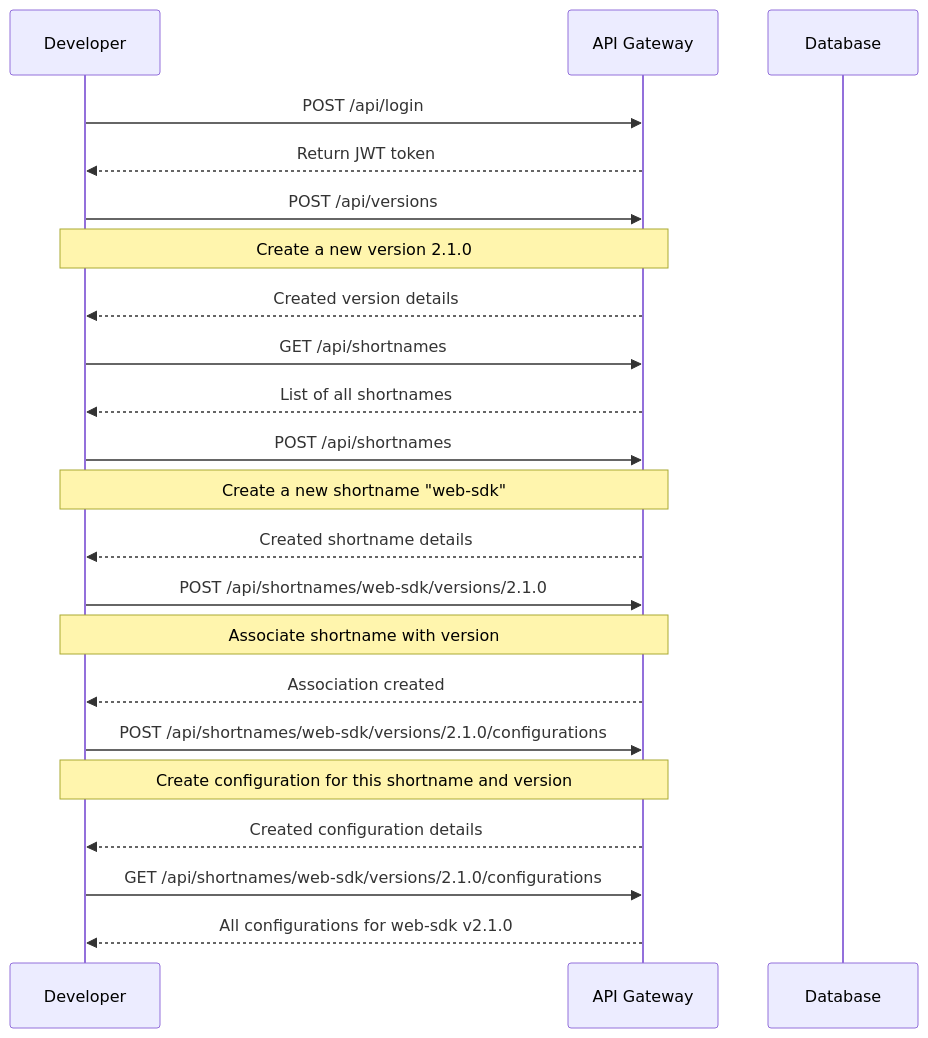
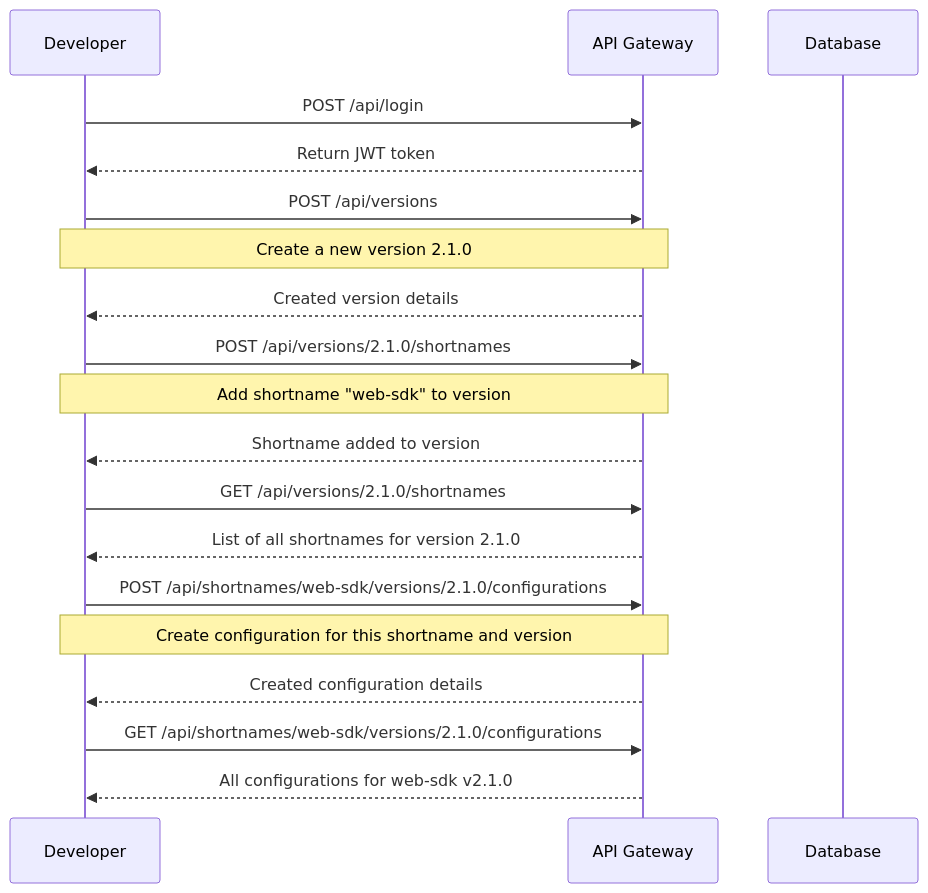
The ninth of 9 diagrams in README.md (gregoire-cousin-idnow/webcore-idnow-configuration), drawn with Mermaid before and after one commit. The commit also changed other lines of this file and 6 other files, not shown here.

Commit message:
fix : architecture

````diff
--- a/README.md
+++ b/README.md
@@ -451,31 +469,27 @@
 ```mermaid
 sequenceDiagram
     participant Dev as Developer
     participant API as API Gateway
     participant DB as Database
     
     Dev->>API: POST /api/login
     API-->>Dev: Return JWT token
     
     Dev->>API: POST /api/versions
     Note over Dev,API: Create a new version 2.1.0
     API-->>Dev: Created version details
     
-    Dev->>API: GET /api/shortnames
-    API-->>Dev: List of all shortnames
+    Dev->>API: POST /api/versions/2.1.0/shortnames
+    Note over Dev,API: Add shortname "web-sdk" to version
+    API-->>Dev: Shortname added to version
     
-    Dev->>API: POST /api/shortnames
-    Note over Dev,API: Create a new shortname "web-sdk"
-    API-->>Dev: Created shortname details
-    
-    Dev->>API: POST /api/shortnames/web-sdk/versions/2.1.0
-    Note over Dev,API: Associate shortname with version
-    API-->>Dev: Association created
+    Dev->>API: GET /api/versions/2.1.0/shortnames
+    API-->>Dev: List of all shortnames for version 2.1.0
     
     Dev->>API: POST /api/shortnames/web-sdk/versions/2.1.0/configurations
     Note over Dev,API: Create configuration for this shortname and version
     API-->>Dev: Created configuration details
     
     Dev->>API: GET /api/shortnames/web-sdk/versions/2.1.0/configurations
     API-->>Dev: All configurations for web-sdk v2.1.0
 ```
````
